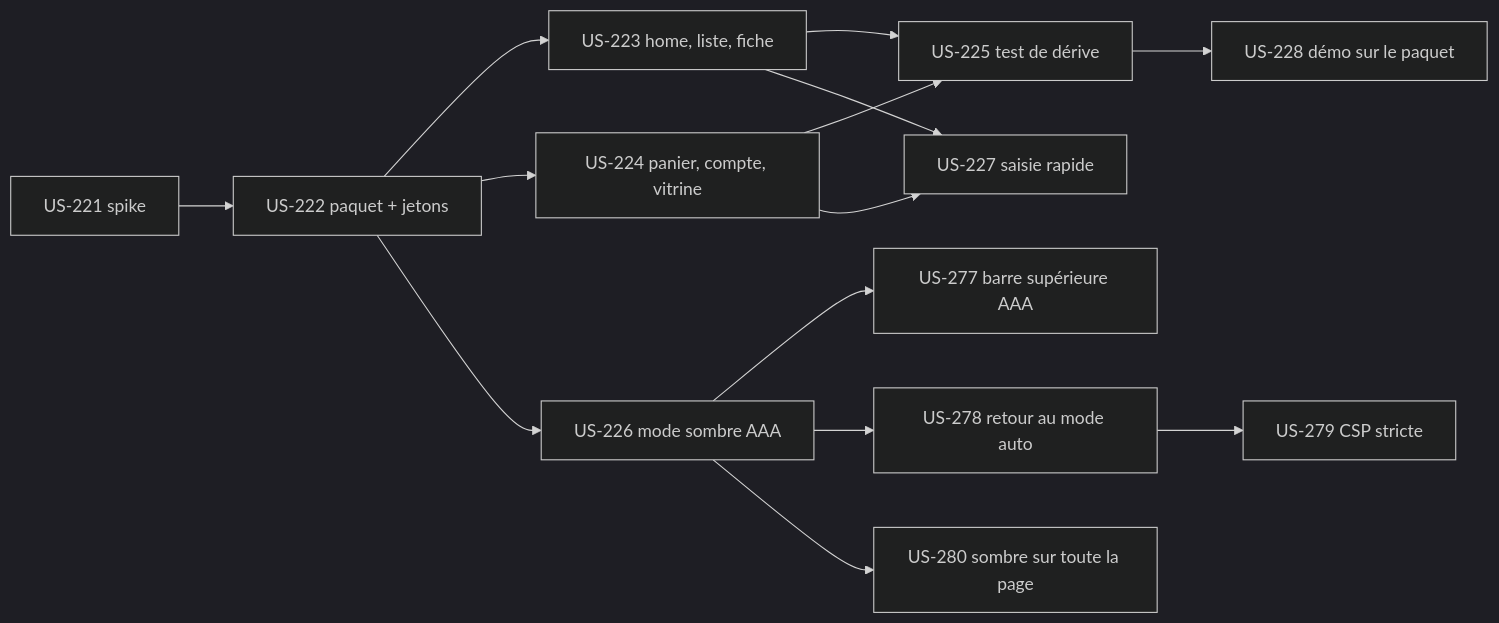
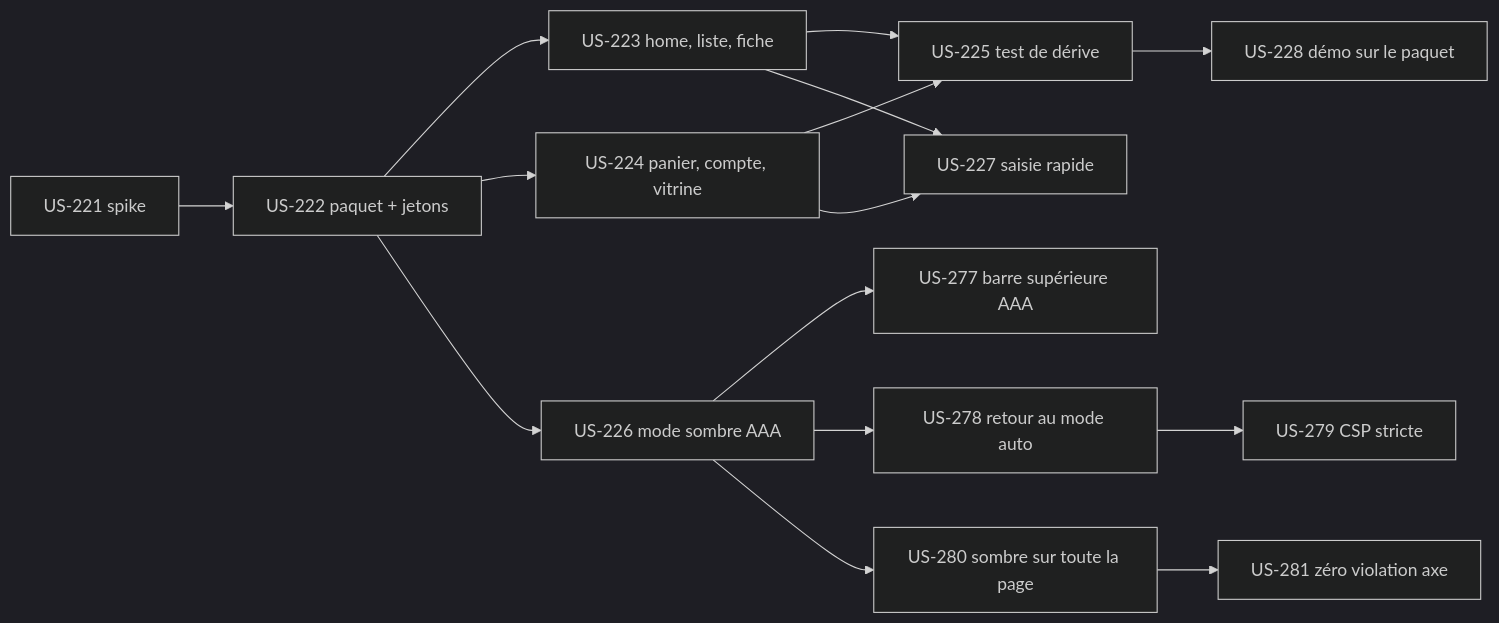
The diagram in project-management/backlog/epics/EPIC-18.md (thibmonier/sylius-b2b-demo), drawn with Mermaid (dark theme) before and after one commit. The commit also changed other lines of this file and 6 other files, not shown here.

First line of the commit message:
Sprint 54 : zéro violation axe sur le thème (US-281) (#184)

````diff
--- a/project-management/backlog/epics/EPIC-18.md
+++ b/project-management/backlog/epics/EPIC-18.md
@@ -48,16 +49,17 @@
 ```mermaid
 graph LR
     US221[US-221 spike] --> US222[US-222 paquet + jetons]
     US222 --> US223[US-223 home, liste, fiche]
     US222 --> US224[US-224 panier, compte, vitrine]
     US222 --> US226[US-226 mode sombre AAA]
     US226 --> US277[US-277 barre supérieure AAA]
     US226 --> US278[US-278 retour au mode auto]
     US278 --> US279[US-279 CSP stricte]
     US226 --> US280[US-280 sombre sur toute la page]
+    US280 --> US281[US-281 zéro violation axe]
     US223 --> US225[US-225 test de dérive]
     US224 --> US225
     US223 --> US227[US-227 saisie rapide]
     US224 --> US227
     US225 --> US228[US-228 démo sur le paquet]
 ```
````
